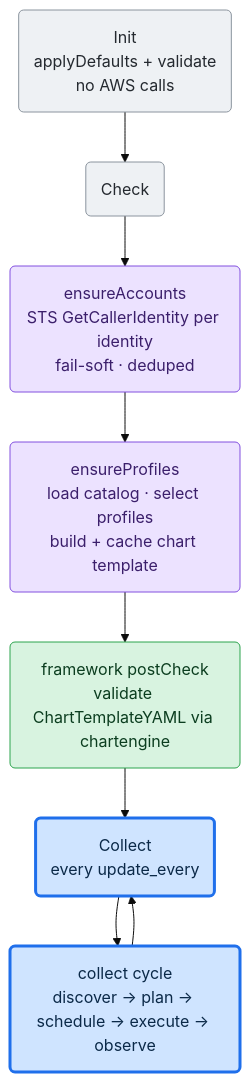
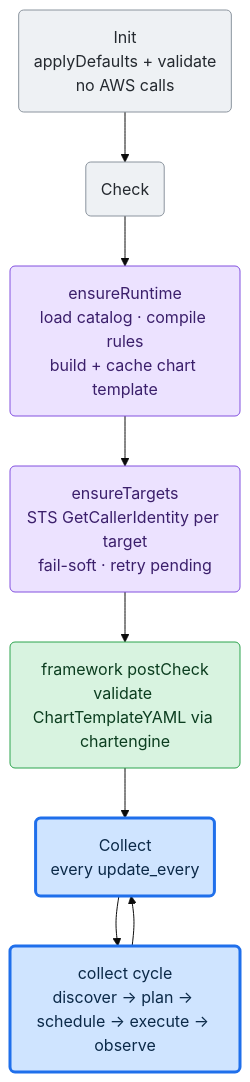
One commit to netdata/netdata changed the second of 3 diagrams in src/go/plugin/go.d/collector/cloudwatch/ARCHITECTURE.md. Above: the diagram before and after it, drawn with Mermaid (base theme). The commit also changed other lines of this file and 46 other files, not shown here.

Commit message:
feat(cloudwatch): add explicit targets and collection rules

````diff
--- a/src/go/plugin/go.d/collector/cloudwatch/ARCHITECTURE.md
+++ b/src/go/plugin/go.d/collector/cloudwatch/ARCHITECTURE.md
@@ -75,24 +78,24 @@
 ```mermaid
 flowchart TD
     Init("Init<br/>applyDefaults + validate<br/>no AWS calls")
     Check("Check")
-    Accounts("ensureAccounts<br/>STS GetCallerIdentity per identity<br/>fail-soft · deduped")
-    Profiles("ensureProfiles<br/>load catalog · select profiles<br/>build + cache chart template")
+    Runtime("ensureRuntime<br/>load catalog · compile rules<br/>build + cache chart template")
+    Targets("ensureTargets<br/>STS GetCallerIdentity per target<br/>fail-soft · retry pending")
     Post("framework postCheck<br/>validate ChartTemplateYAML via chartengine")
     Collect("Collect<br/>every update_every")
     Cycle("collect cycle<br/>discover → plan → schedule → execute → observe")
 
     Init --> Check
-    Check --> Accounts --> Profiles --> Post
+    Check --> Runtime --> Targets --> Post
     Post --> Collect --> Cycle --> Collect
 
     classDef input fill:#eef1f4,stroke:#8b949e,color:#24292f;
     classDef sched fill:#ece2ff,stroke:#8250df,color:#3b1f6b;
     classDef commit fill:#d8f3e0,stroke:#2da44e,color:#0b3d1f;
     classDef core fill:#cfe4ff,stroke:#1f6feb,stroke-width:3px,color:#0b2948;
 
     class Init,Check input
-    class Accounts,Profiles sched
+    class Runtime,Targets sched
     class Post commit
     class Collect,Cycle core
 ```
````
